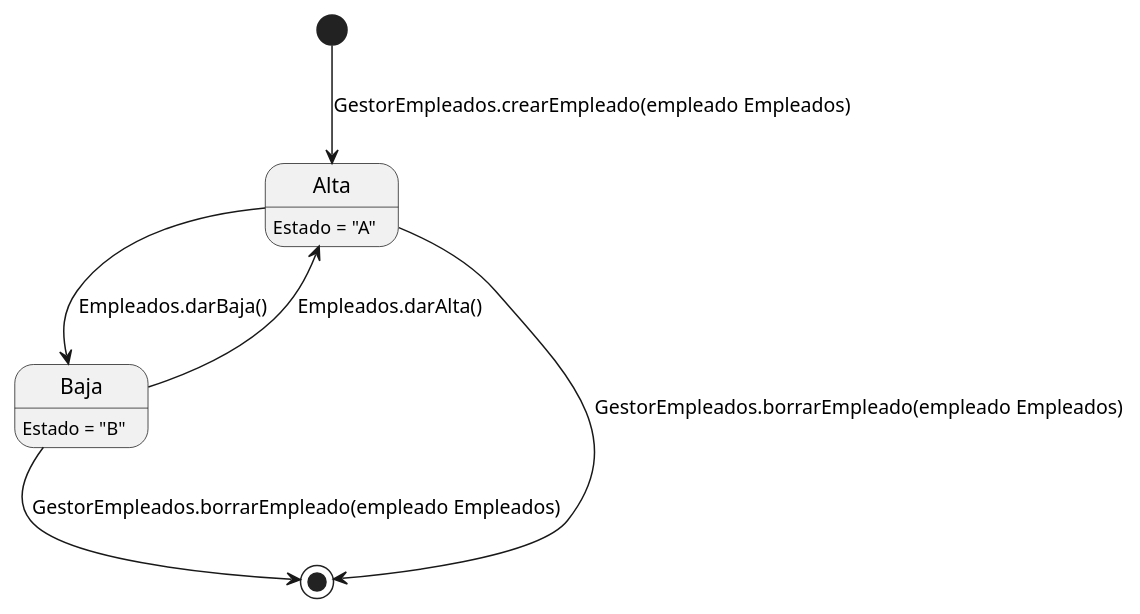
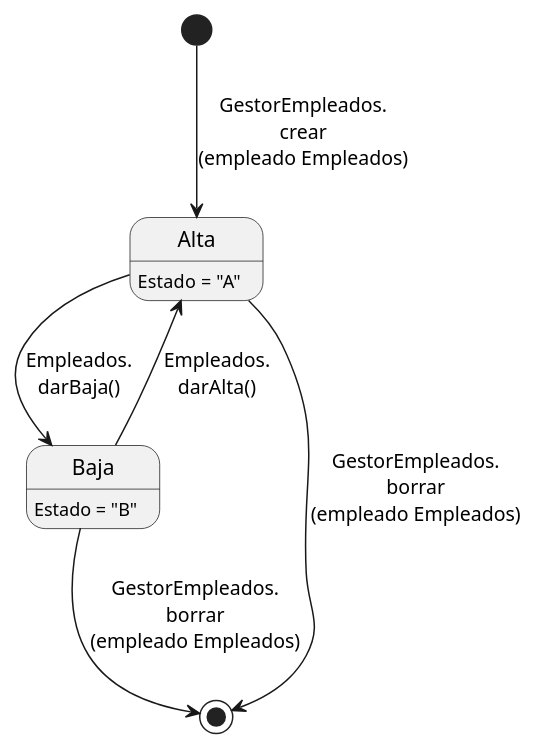
Before and after one commit to ZMGestion/DocumentacionZMGestion: the first of 7 diagrams in DiagramasEstado/DiagramaDeEstado.puml, drawn with PlantUML. The commit also changed other lines of this file and 3 other files, not shown here.

Commit message:
Cambios DiagramaDeEstado, cap2sec1 y verificarLineaOrdenProduccion

```diff
--- a/DiagramasEstado/DiagramaDeEstado.puml
+++ b/DiagramasEstado/DiagramaDeEstado.puml
@@ -1,12 +1,12 @@
 @startuml empleados
 Alta: Estado = "A"
 Baja: Estado = "B"
 
 top to bottom direction
-[*] --> Alta: GestorEmpleados.crearEmpleado(empleado Empleados)
-Alta --> [*]: GestorEmpleados.borrarEmpleado(empleado Empleados)
-Baja --> [*]: GestorEmpleados.borrarEmpleado(empleado Empleados)
-Alta --> Baja: Empleados.darBaja()
-Baja --> Alta: Empleados.darAlta()
+[*] --> Alta: GestorEmpleados.\ncrear\n(empleado Empleados)
+Alta --> [*]: GestorEmpleados.\nborrar\n(empleado Empleados)
+Baja --> [*]: GestorEmpleados.\nborrar\n(empleado Empleados)
+Alta --> Baja: Empleados.\ndarBaja()
+Baja --> Alta: Empleados.\ndarAlta()
 
 @enduml
```
